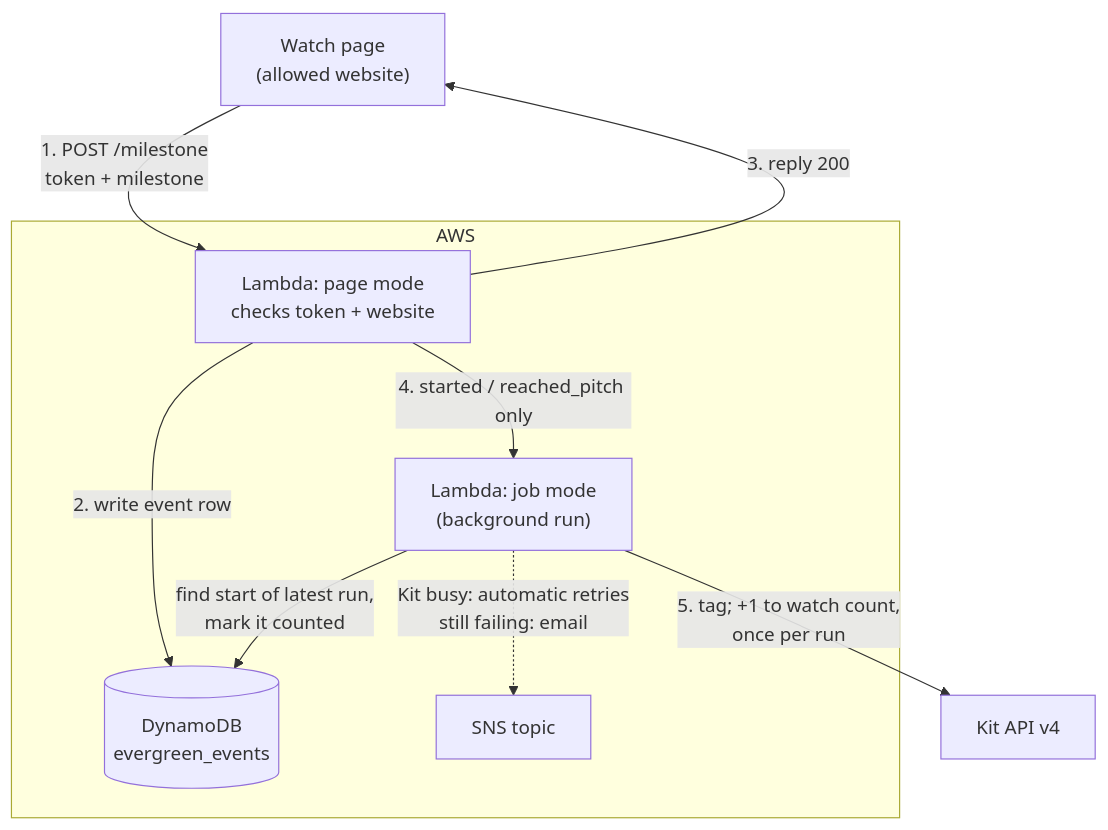
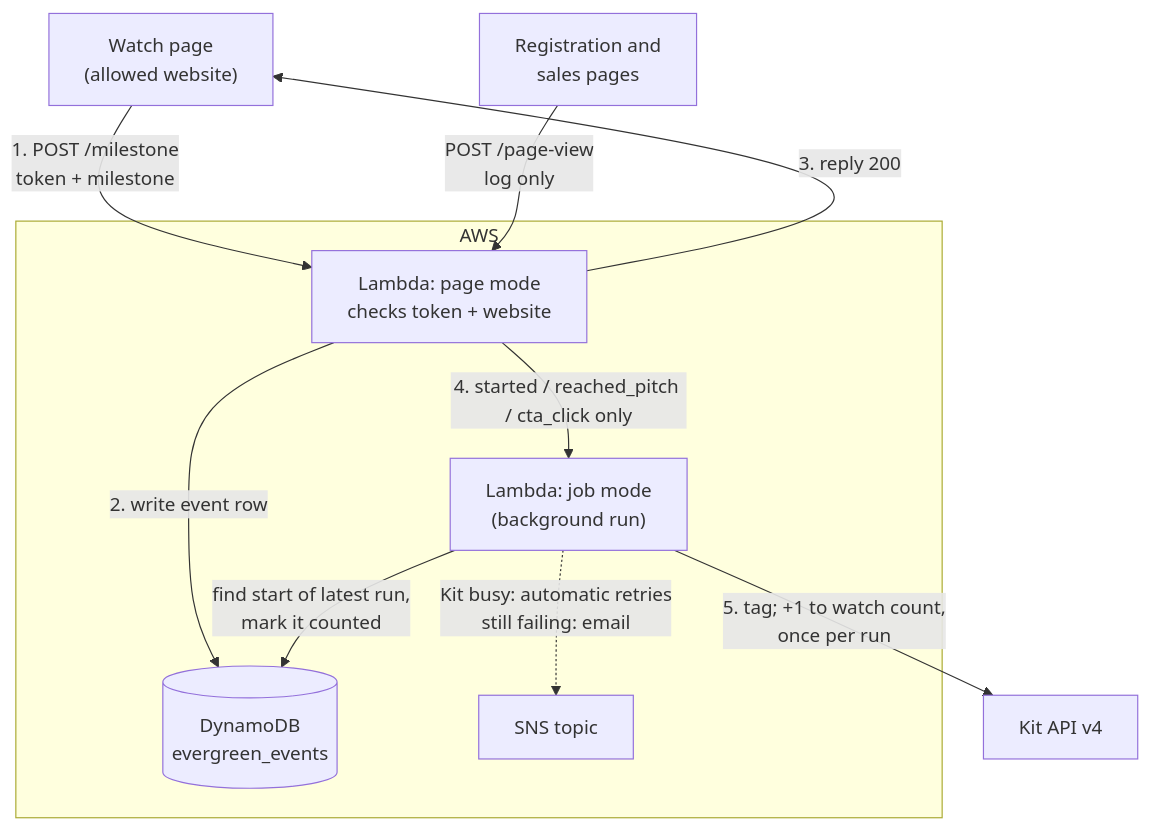
The diagram in evergreen-sms-webinar-watch-python/README.md (fire-crest/zki-lambda), drawn with Mermaid before and after one commit. The commit also changed other lines of this file and 6 other files, not shown here.

````diff
--- a/evergreen-sms-webinar-watch-python/README.md
+++ b/evergreen-sms-webinar-watch-python/README.md
@@ -11,16 +14,17 @@
 ```mermaid
 flowchart TD
     Page["Watch page<br/>(allowed website)"] -->|"1. POST /milestone<br/>token + milestone"| Fn
+    Views["Registration and<br/>sales pages"] -->|"POST /page-view<br/>log only"| Fn
     subgraph AWS
         Fn["Lambda: page mode<br/>checks token + website"]
         Job["Lambda: job mode<br/>(background run)"]
         DB[("DynamoDB<br/>evergreen_events")]
         SNS["SNS topic"]
     end
     Fn -->|"2. write event row"| DB
     Fn -->|"3. reply 200"| Page
-    Fn -->|"4. started / reached_pitch only"| Job
+    Fn -->|"4. started / reached_pitch / cta_click only"| Job
     Job -->|"5. tag; +1 to watch count,<br/>once per run"| Kit["Kit API v4"]
     Job -->|"find start of latest run,<br/>mark it counted"| DB
     Job -. "Kit busy: automatic retries<br/>still failing: email" .-> SNS
 ```
````
